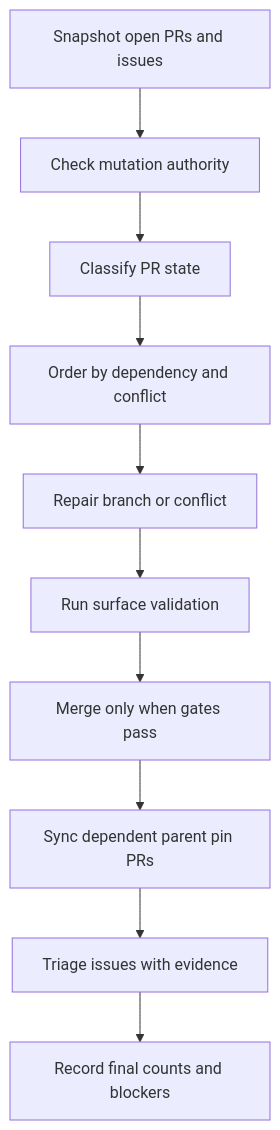
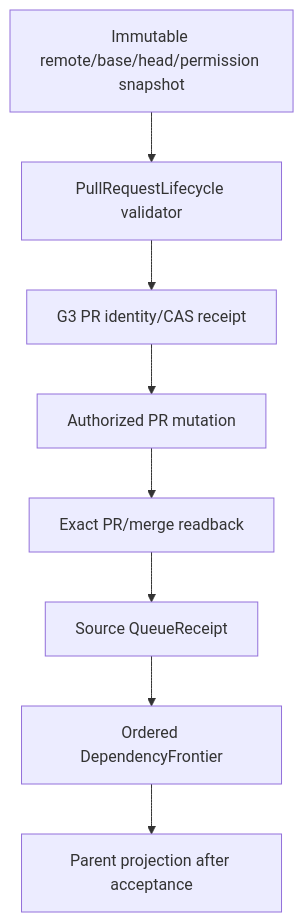
The diagram in agents/skills/pr-processing.md (iwashita-nozomu/agent-canon), drawn with Mermaid before and after one commit. The commit also changed other lines of this file and 43 other files, not shown here.

````diff
--- a/agents/skills/pr-processing.md
+++ b/agents/skills/pr-processing.md
@@ -63,12 +63,10 @@
 ```mermaid
 flowchart TD
-  A["Snapshot open PRs and issues"] --> B["Check mutation authority"]
-  B --> C["Classify PR state"]
-  C --> D["Order by dependency and conflict"]
-  D --> E["Repair branch or conflict"]
-  E --> F["Run surface validation"]
-  F --> G["Merge only when gates pass"]
-  G --> H["Sync dependent parent pin PRs"]
-  H --> I["Triage issues with evidence"]
-  I --> J["Record final counts and blockers"]
+  A["Immutable remote/base/head/permission snapshot"] --> B["PullRequestLifecycle validator"]
+  B --> C["G3 PR identity/CAS receipt"]
+  C --> D["Authorized PR mutation"]
+  D --> E["Exact PR/merge readback"]
+  E --> F["Source QueueReceipt"]
+  F --> G["Ordered DependencyFrontier"]
+  G --> H["Parent projection after acceptance"]
 ```
````
